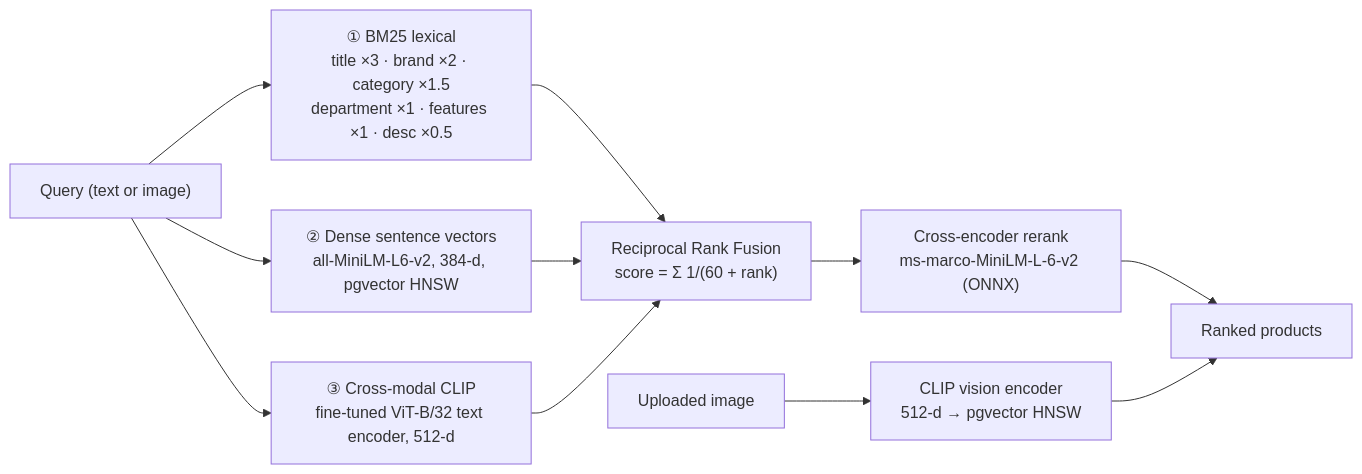
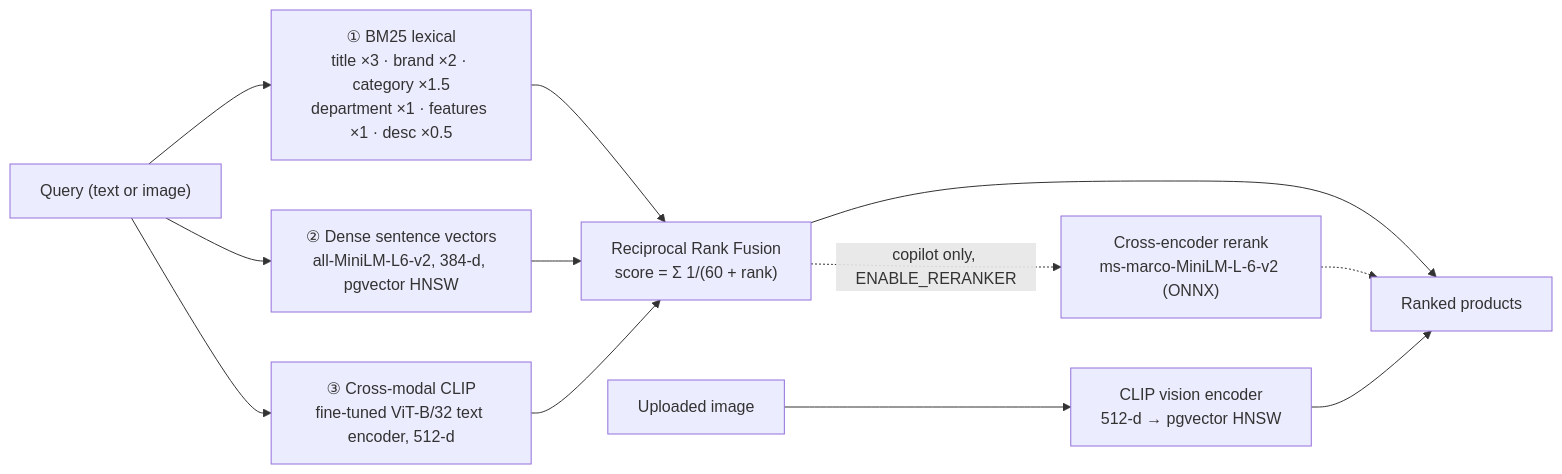
One commit to marknshoot/toko-marcell changed the second of 4 diagrams in README.md. Above: the diagram before and after it, drawn with Mermaid. The commit also changed other lines of this file and 7 other files, not shown here.

````diff
--- a/README.md
+++ b/README.md
@@ -289,13 +290,14 @@
 ```mermaid
 flowchart LR
     Q["Query (text or image)"] --> BM25["① BM25 lexical<br/>title ×3 · brand ×2 · category ×1.5<br/>department ×1 · features ×1 · desc ×0.5"]
     Q --> Dense["② Dense sentence vectors<br/>all-MiniLM-L6-v2, 384-d, pgvector HNSW"]
     Q --> Visual["③ Cross-modal CLIP<br/>fine-tuned ViT-B/32 text encoder, 512-d"]
     Img["Uploaded image"] --> Vision["CLIP vision encoder<br/>512-d → pgvector HNSW"]
     BM25 --> RRF["Reciprocal Rank Fusion<br/>score = Σ 1/(60 + rank)"]
     Dense --> RRF
     Visual --> RRF
-    RRF --> CE["Cross-encoder rerank<br/>ms-marco-MiniLM-L-6-v2 (ONNX)"]
-    CE --> Out["Ranked products"]
+    RRF --> Out["Ranked products"]
+    RRF -. "copilot only, ENABLE_RERANKER" .-> CE["Cross-encoder rerank<br/>ms-marco-MiniLM-L-6-v2 (ONNX)"]
+    CE -.-> Out
     Vision --> Out
 ```
````
